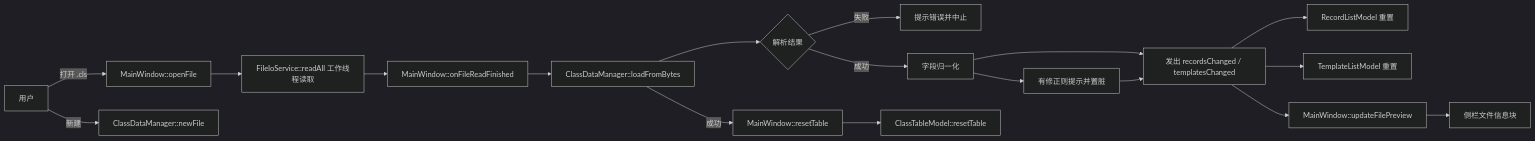
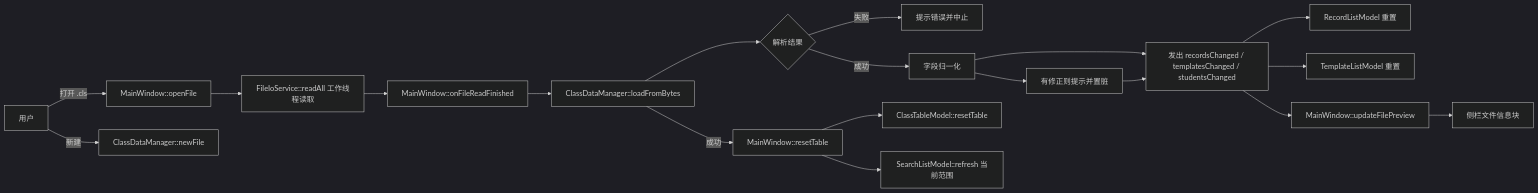
Before and after one commit to fz1251/ClassScoreManager: the second of 10 diagrams in docs/structure.md, drawn with Mermaid (dark theme). The commit also changed other lines of this file and 41 other files, not shown here.

````diff
--- a/docs/structure.md
+++ b/docs/structure.md
@@ -140,20 +150,21 @@
 ```mermaid
 flowchart LR
     User[用户] -->|打开 .cls| Open[MainWindow::openFile]
     Open --> Read[FileIoService::readAll 工作线程读取]
     Read --> Done[MainWindow::onFileReadFinished]
     Done --> Parse[ClassDataManager::loadFromBytes]
     Parse --> Result{解析结果}
     Result -->|失败| Fail[提示错误并中止]
     Result -->|成功| Repair[字段归一化]
     Repair --> Warn[有修正则提示并置脏]
-    Repair --> Emit[发出 recordsChanged / templatesChanged]
+    Repair --> Emit[发出 recordsChanged / templatesChanged / studentsChanged]
     Warn --> Emit
     Emit --> RecordModel[RecordListModel 重置]
     Emit --> TemplateModel[TemplateListModel 重置]
     Emit --> Preview[MainWindow::updateFilePreview]
     Preview --> Sidebar[侧栏文件信息块]
     Parse -->|成功| Reset[MainWindow::resetTable]
     Reset --> TableModel[ClassTableModel::resetTable]
+    Reset --> SearchModel[SearchListModel::refresh 当前范围]
     User -->|新建| NewFile[ClassDataManager::newFile]
 ```
````
